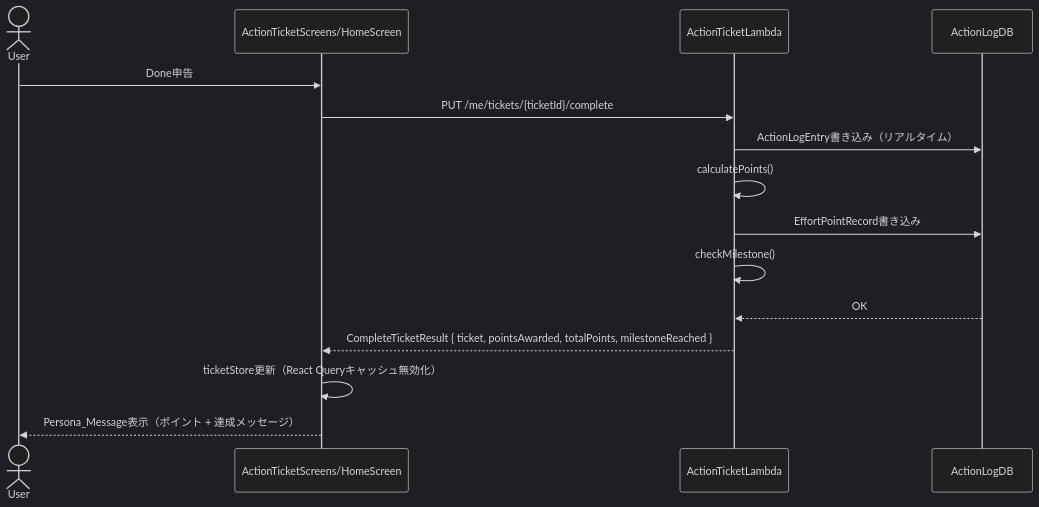
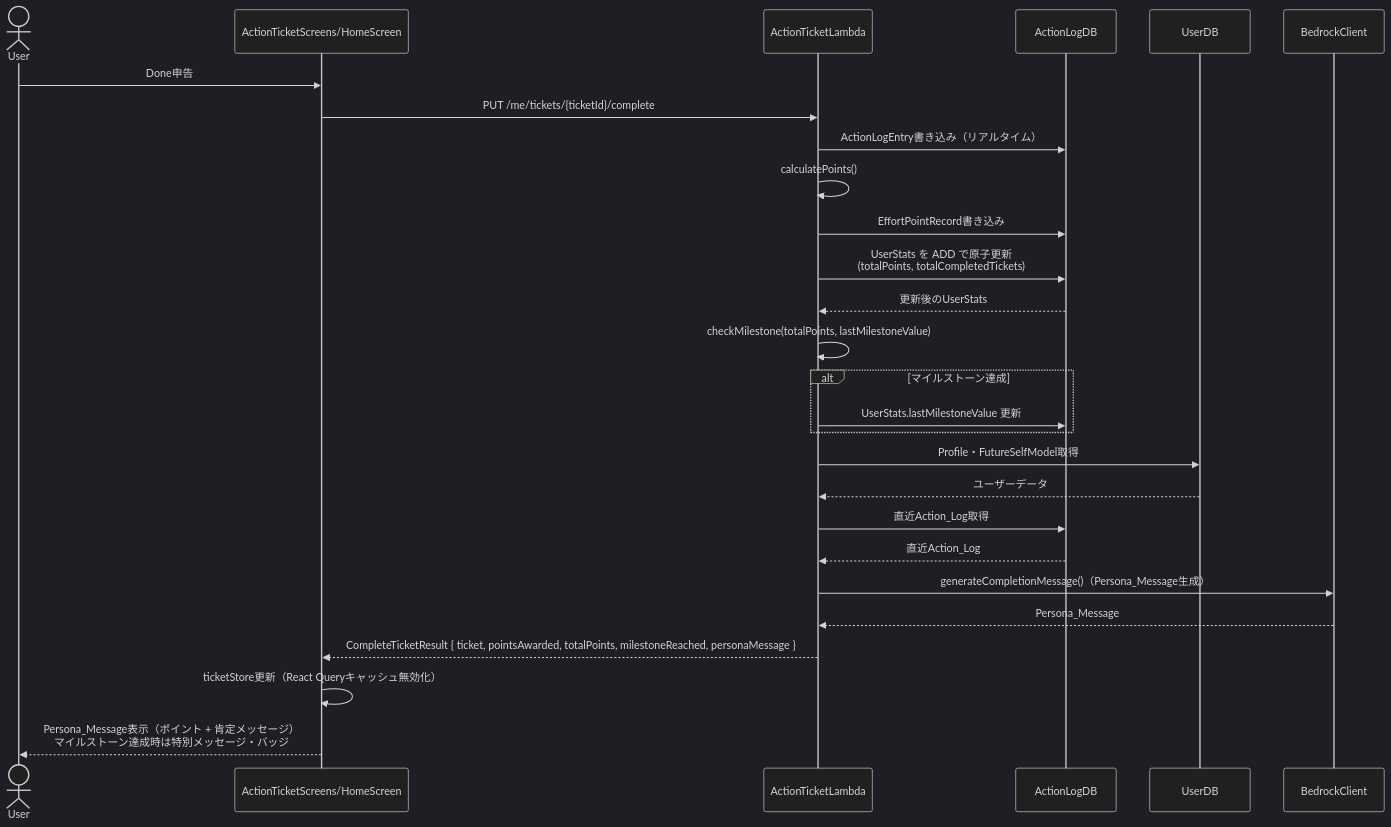
One commit to aws-dlc-hackathon-team-a/team-a changed the fourth of 11 diagrams in aidlc-docs/inception/application-design/component-dependency.md. Above: the diagram before and after it, drawn with Mermaid (dark theme). The commit also changed other lines of this file and 6 other files, not shown here.

````diff
--- a/aidlc-docs/inception/application-design/component-dependency.md
+++ b/aidlc-docs/inception/application-design/component-dependency.md
@@ -193,18 +198,30 @@
 ```mermaid
 sequenceDiagram
     actor User
     participant Screen as ActionTicketScreens/HomeScreen
     participant ActionTicketLambda
     participant ActionLogDB
+    participant UserDB
+    participant Bedrock as BedrockClient
 
     User->>Screen: Done申告
     Screen->>ActionTicketLambda: PUT /me/tickets/{ticketId}/complete
     ActionTicketLambda->>ActionLogDB: ActionLogEntry書き込み（リアルタイム）
     ActionTicketLambda->>ActionTicketLambda: calculatePoints()
     ActionTicketLambda->>ActionLogDB: EffortPointRecord書き込み
-    ActionTicketLambda->>ActionTicketLambda: checkMilestone()
-    ActionLogDB-->>ActionTicketLambda: OK
-    ActionTicketLambda-->>Screen: CompleteTicketResult { ticket, pointsAwarded, totalPoints, milestoneReached }
+    ActionTicketLambda->>ActionLogDB: UserStats を ADD で原子更新<br>(totalPoints, totalCompletedTickets)
+    ActionLogDB-->>ActionTicketLambda: 更新後のUserStats
+    ActionTicketLambda->>ActionTicketLambda: checkMilestone(totalPoints, lastMilestoneValue)
+    alt マイルストーン達成
+        ActionTicketLambda->>ActionLogDB: UserStats.lastMilestoneValue 更新
+    end
+    ActionTicketLambda->>UserDB: Profile・FutureSelfModel取得
+    UserDB-->>ActionTicketLambda: ユーザーデータ
+    ActionTicketLambda->>ActionLogDB: 直近Action_Log取得
+    ActionLogDB-->>ActionTicketLambda: 直近Action_Log
+    ActionTicketLambda->>Bedrock: generateCompletionMessage()（Persona_Message生成）
+    Bedrock-->>ActionTicketLambda: Persona_Message
+    ActionTicketLambda-->>Screen: CompleteTicketResult { ticket, pointsAwarded, totalPoints, milestoneReached, personaMessage }
     Screen->>Screen: ticketStore更新（React Queryキャッシュ無効化）
-    Screen-->>User: Persona_Message表示（ポイント + 達成メッセージ）
+    Screen-->>User: Persona_Message表示（ポイント + 肯定メッセージ）<br>マイルストーン達成時は特別メッセージ・バッジ
 ```
````
